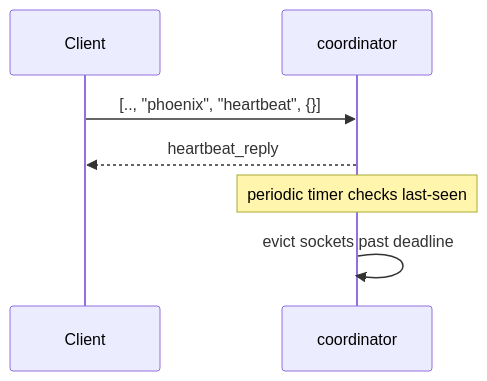
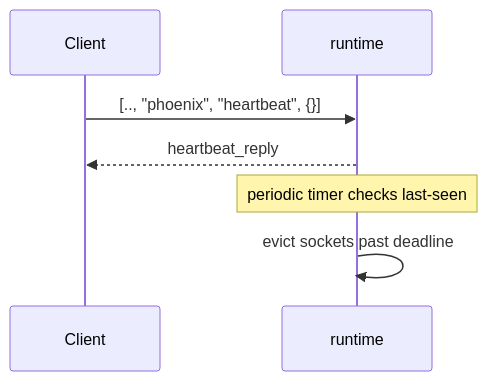
The seventh of 11 diagrams in docs/architecture-deck.md (tylerbutler/beryl), drawn with Mermaid before and after one commit. The commit also changed other lines of this file and 90 other files, not shown here.

````diff
--- a/docs/architecture-deck.md
+++ b/docs/architecture-deck.md
@@ -266,9 +282,9 @@
 ```mermaid
 sequenceDiagram
   participant Client
-  participant Coord as coordinator
-  Client->>Coord: [.., "phoenix", "heartbeat", {}]
-  Coord-->>Client: heartbeat_reply
-  Note over Coord: periodic timer checks last-seen
-  Coord->>Coord: evict sockets past deadline
+  participant Runtime as runtime
+  Client->>Runtime: [.., "phoenix", "heartbeat", {}]
+  Runtime-->>Client: heartbeat_reply
+  Note over Runtime: periodic timer checks last-seen
+  Runtime->>Runtime: evict sockets past deadline
 ```
````
